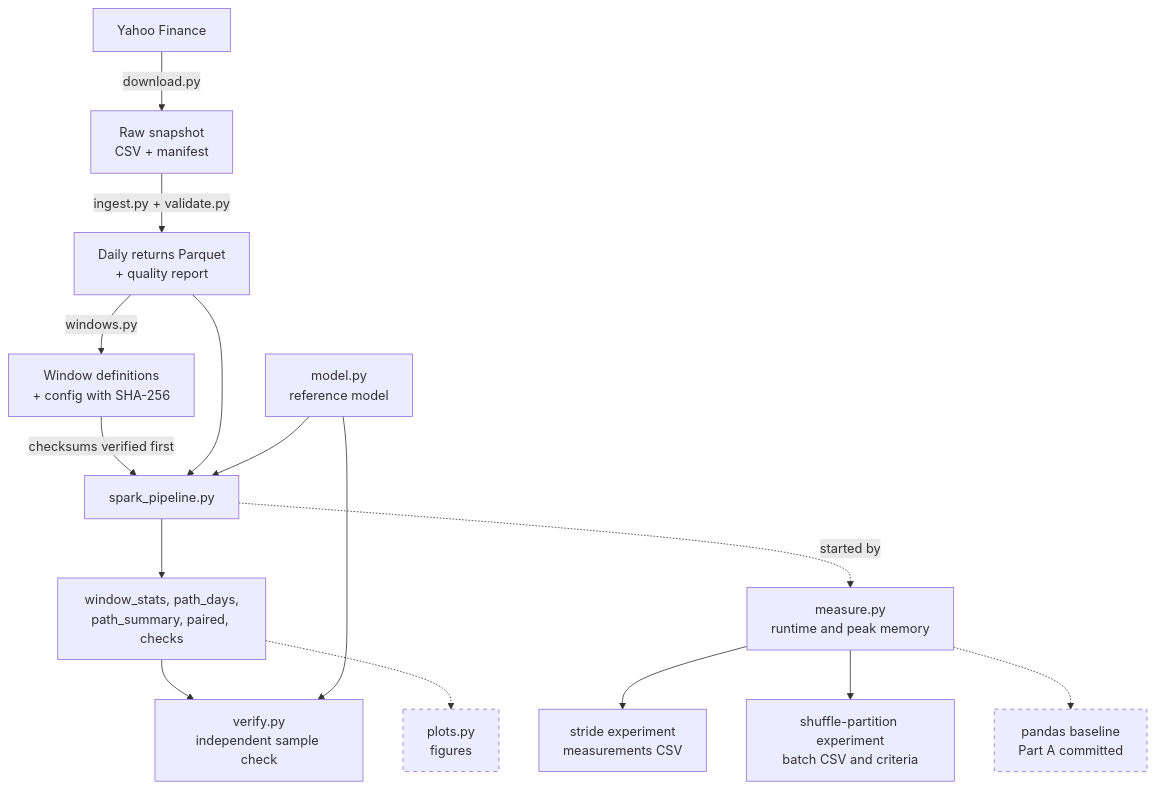
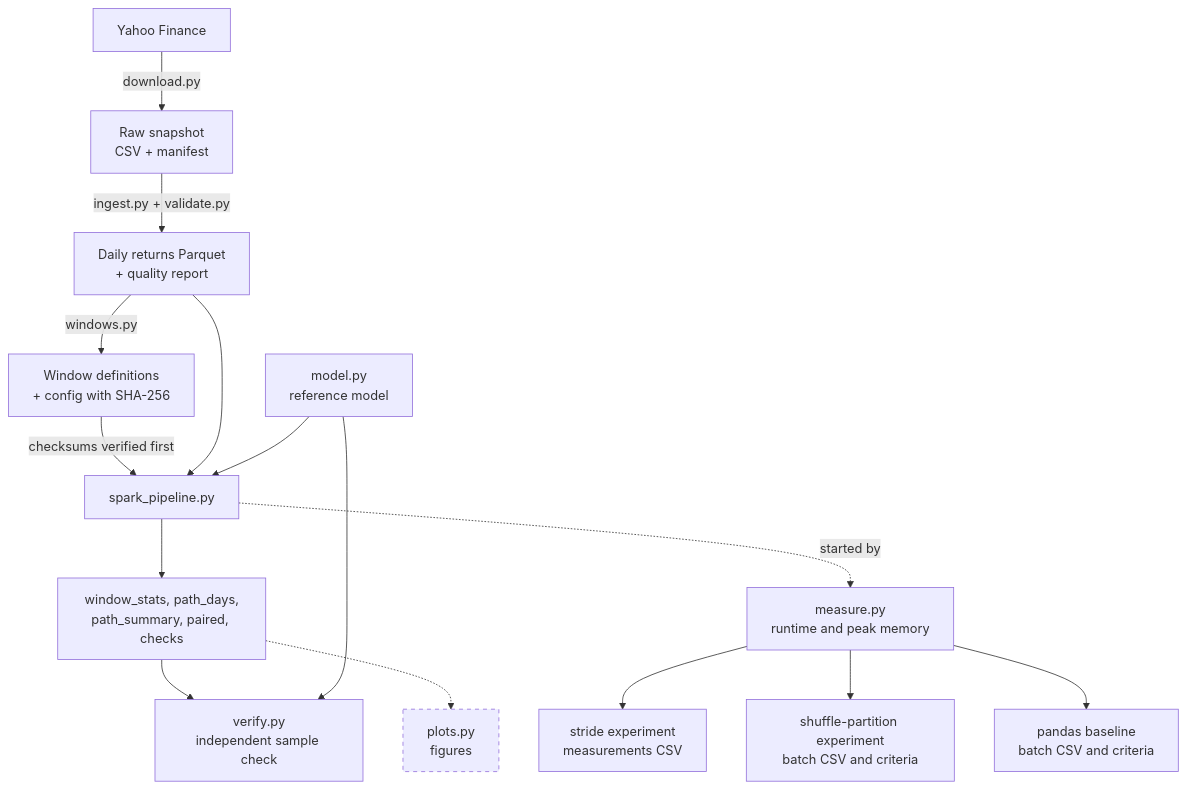
The first of 2 diagrams in docs/spec.md (kelly-0111/leveraged-etf-risk-analytics), drawn with Mermaid before and after one commit. The commit also changed other lines of this file and 1 other file, not shown here.

First line of the commit message:
Mark the pandas baseline complete in the README and spec

````diff
--- a/docs/spec.md
+++ b/docs/spec.md
@@ -180,19 +177,19 @@
 ```mermaid
 flowchart TD
     Y[Yahoo Finance] -->|download.py| R[Raw snapshot<br/>CSV + manifest]
     R -->|ingest.py + validate.py| P[Daily returns Parquet<br/>+ quality report]
     P -->|windows.py| W[Window definitions<br/>+ config with SHA-256]
     W -->|checksums verified first| S[spark_pipeline.py]
     P --> S
     M[model.py<br/>reference model] --> S
     S --> O[window_stats, path_days,<br/>path_summary, paired, checks]
     O --> V[verify.py<br/>independent sample check]
     M --> V
     S -.->|started by| B[measure.py<br/>runtime and peak memory]
     B --> E[stride experiment<br/>measurements CSV]
     B --> E2[shuffle-partition experiment<br/>batch CSV and criteria]
-    B -.-> E3[pandas baseline<br/>Part A committed]
+    B --> E3[pandas baseline<br/>batch CSV and criteria]
     O -.-> F[plots.py<br/>figures]
     classDef planned stroke-dasharray: 5 5
-    class E3,F planned
+    class F planned
 ```
````
